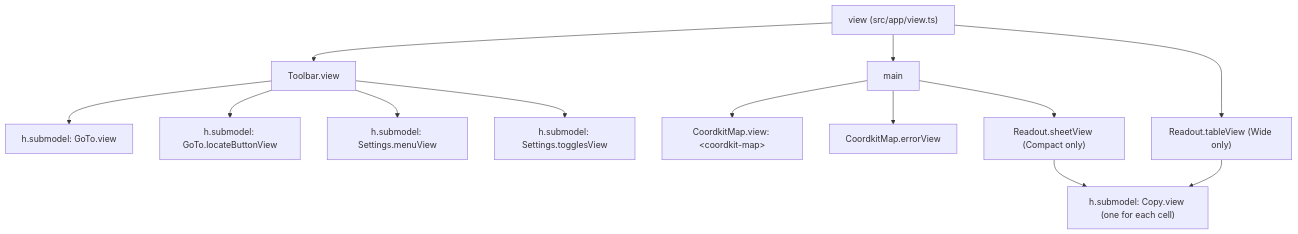
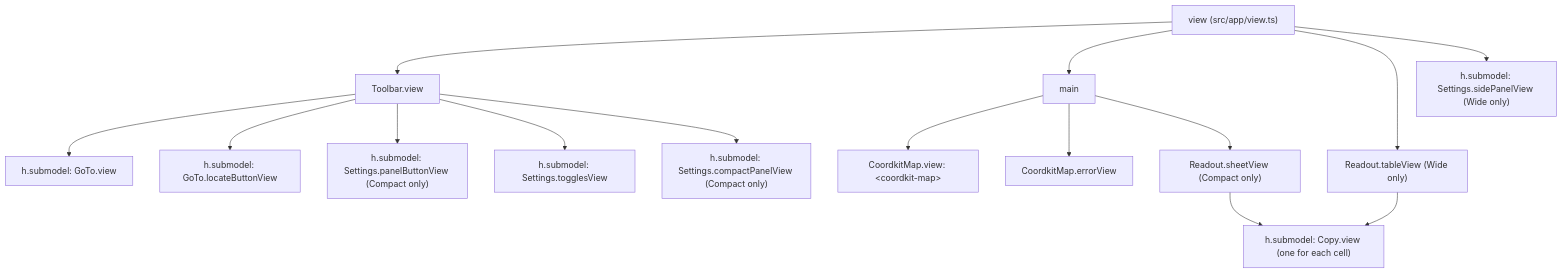
One commit to eknowles/coordkit changed the fifth of 11 diagrams in docs/foldkit-architecture.md. Above: the diagram before and after it, drawn with Mermaid. The commit also changed other lines of this file and 10 other files, not shown here.

First line of the commit message:
feat: keep map settings on screen, as compact labelled fields

````diff
--- a/docs/foldkit-architecture.md
+++ b/docs/foldkit-architecture.md
@@ -283,29 +283,33 @@
 ```mermaid
 flowchart TB
     root["view (src/app/view.ts)"]
     toolbar["Toolbar.view"]
     main["main"]
     map["CoordkitMap.view: &lt;coordkit-map&gt;"]
     error["CoordkitMap.errorView"]
     sheet["Readout.sheetView (Compact only)"]
     table["Readout.tableView (Wide only)"]
 
     goto["h.submodel: GoTo.view"]
     locate["h.submodel: GoTo.locateButtonView"]
-    menu["h.submodel: Settings.menuView"]
+    button["h.submodel: Settings.panelButtonView (Compact only)"]
     toggles["h.submodel: Settings.togglesView"]
+    strip["h.submodel: Settings.compactPanelView (Compact only)"]
+    side["h.submodel: Settings.sidePanelView (Wide only)"]
     cells["h.submodel: Copy.view (one for each cell)"]
 
     root --> toolbar
     root --> main
     root --> table
+    root --> side
     main --> map
     main --> error
     main --> sheet
     toolbar --> goto
     toolbar --> locate
-    toolbar --> menu
+    toolbar --> button
     toolbar --> toggles
+    toolbar --> strip
     table --> cells
     sheet --> cells
 ```
````
